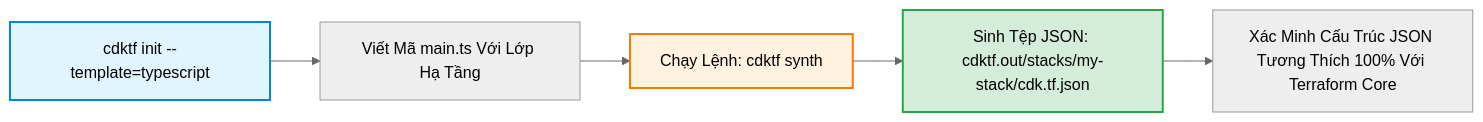
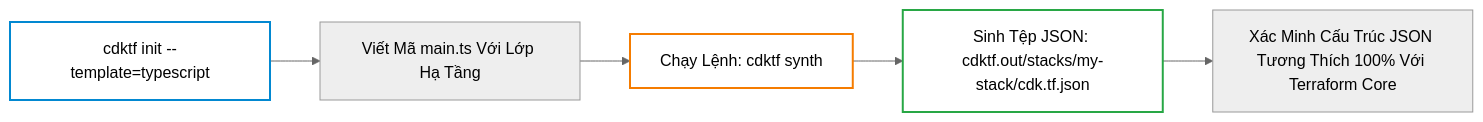
One commit to kiennt308/ntk changed the fourth of 5 diagrams in _posts/2026-09-13-terraform-28-28-cdktf-va-kien-truc-phat-trien-custom-terraform-provider.md. Above: the diagram before and after it, drawn with Mermaid (neutral theme). The commit also changed other lines of this file and 207 other files, not shown here.

Commit message:
feat(posts): batch standardize all 208 posts with TL;DR, qa-card accordion, fill:none mermaid, and liquid raw wrappers

````diff
--- a/_posts/2026-09-13-terraform-28-28-cdktf-va-kien-truc-phat-trien-custom-terraform-provider.md
+++ b/_posts/2026-09-13-terraform-28-28-cdktf-va-kien-truc-phat-trien-custom-terraform-provider.md
@@ -358,13 +362,13 @@
 ```mermaid
 graph LR
     A["cdktf init --template=typescript"] --> B["Viết Mã main.ts Với Lớp Hạ Tầng"]
     B --> C["Chạy Lệnh: cdktf synth"]
     C --> D["Sinh Tệp JSON: cdktf.out/stacks/my-stack/cdk.tf.json"]
     D --> E["Xác Minh Cấu Trúc JSON Tương Thích 100% Với Terraform Core"]
 
-    style A fill:#e1f5fe,stroke:#0288d1,stroke-width:2px
-    style C fill:#fff3e0,stroke:#f57c00,stroke-width:2px
-    style D fill:#d4edda,stroke:#28a745,stroke-width:2px
+    style A fill:none,stroke:#0288d1,stroke-width:2px
+    style C fill:none,stroke:#f57c00,stroke-width:2px
+    style D fill:none,stroke:#28a745,stroke-width:2px
 
 
 ```
````
